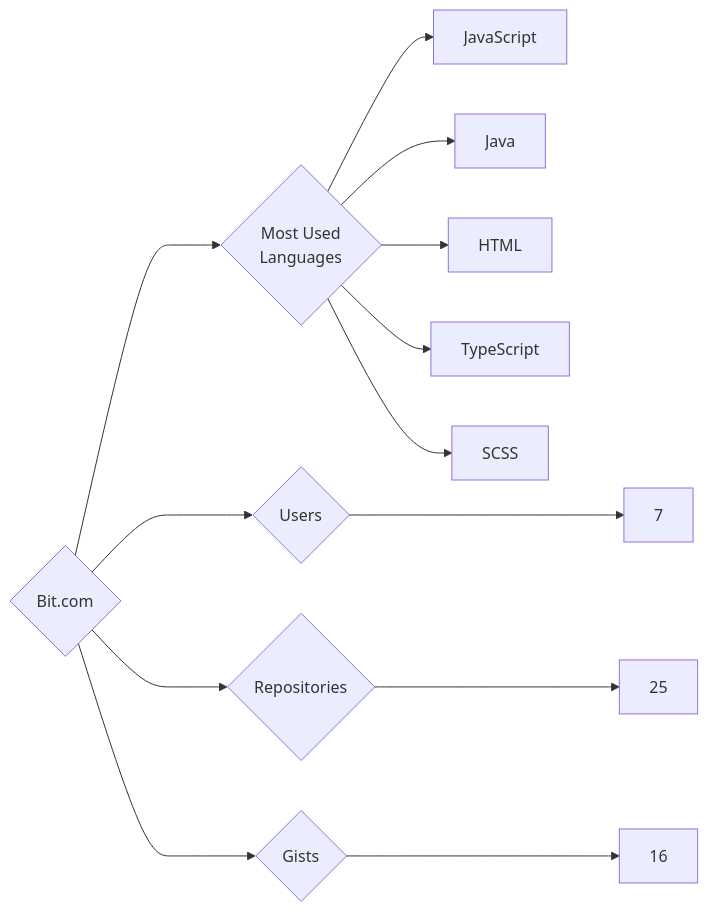
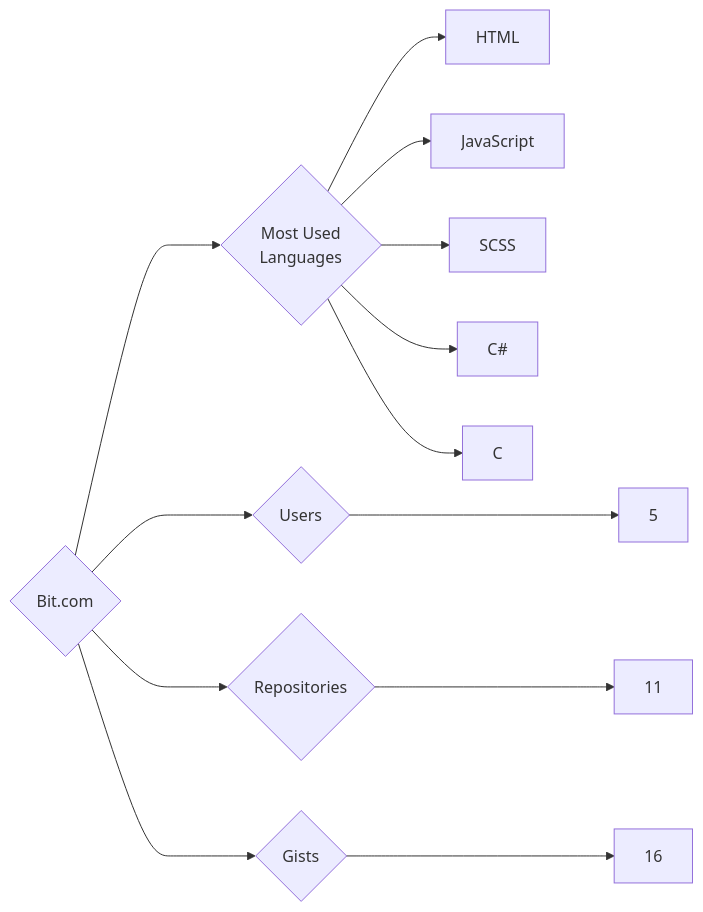
The diagram in targets/Bit.com/README.md (trickest/insiders), drawn with Mermaid before and after one commit. The commit also changed 988 other files, not shown here.

````diff
--- a/targets/Bit.com/README.md
+++ b/targets/Bit.com/README.md
@@ -3,13 +3,13 @@
 ```mermaid
 graph LR
 COMPANY_NAME{Bit.com}
-COMPANY_NAME ---> U{Users} ---> UN[7]
-COMPANY_NAME ---> R{Repositories} ---> RN[25]
+COMPANY_NAME ---> U{Users} ---> UN[5]
+COMPANY_NAME ---> R{Repositories} ---> RN[11]
 COMPANY_NAME ---> G{Gists} ---> GN[16]
 COMPANY_NAME ---> ML{Most Used<br>Languages}
+ML --> HTML[HTML]
 ML --> JavaScript[JavaScript]
-ML --> Java[Java]
-ML --> HTML[HTML]
-ML --> TypeScript[TypeScript]
 ML --> SCSS[SCSS]
+ML --> C#[C#]
+ML --> C[C]
 ```
````
